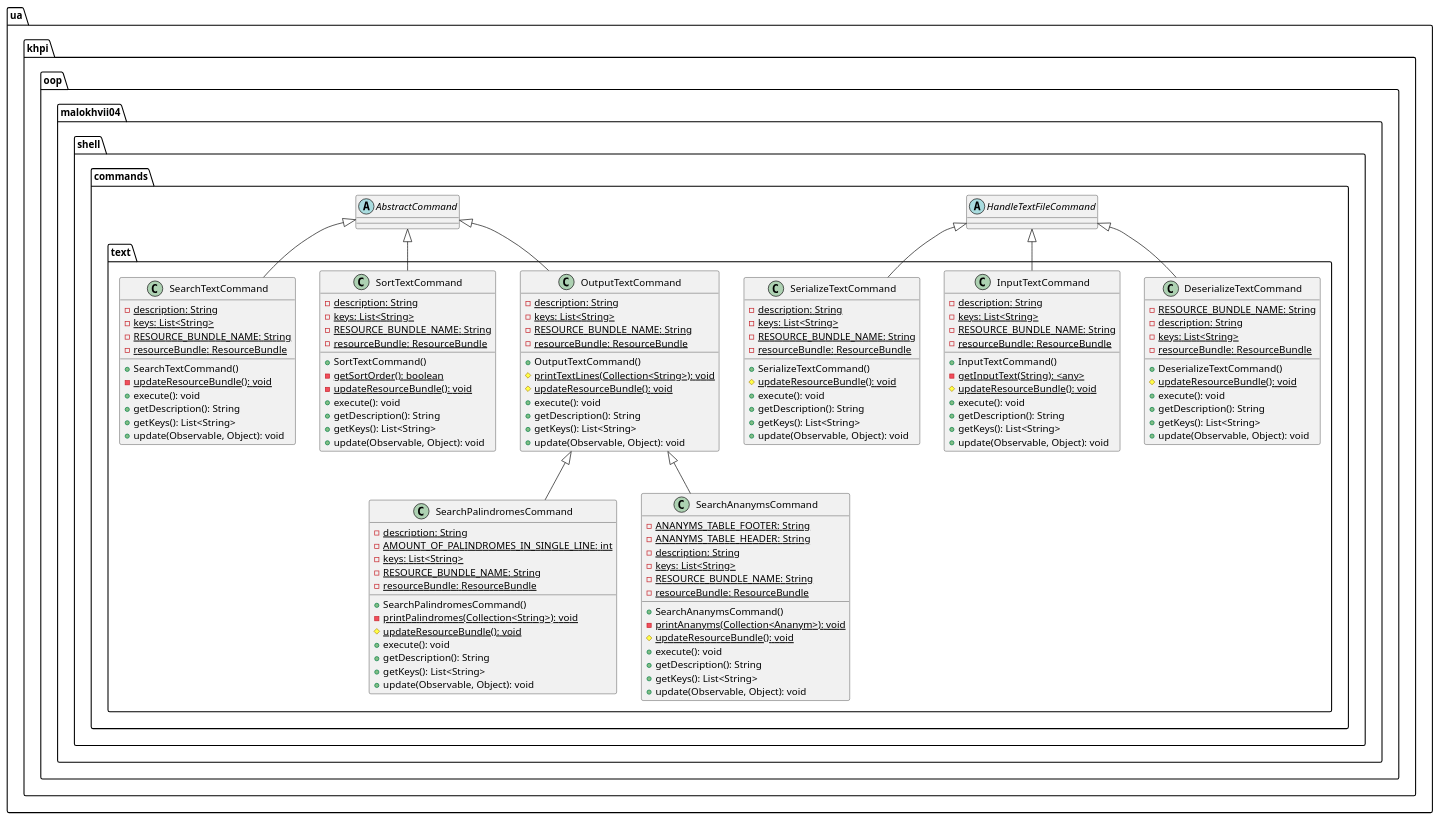
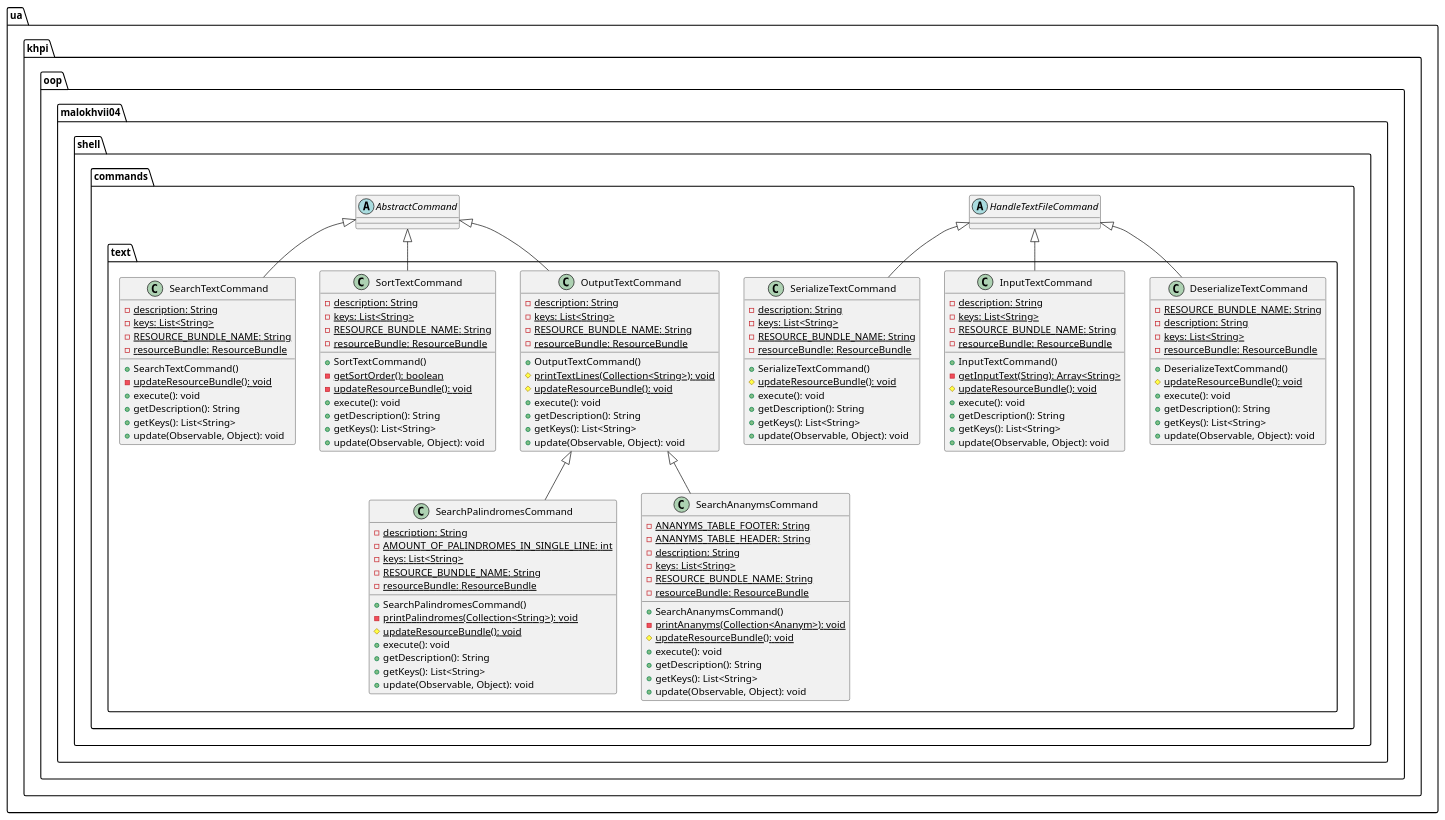
Before and after one commit to P-Kalin/kit26a: the diagram in malokhvii-eduard/malokhvii04/doc/plantuml/ua/khpi/oop/malokhvii04/shell/commands/text/package.puml, drawn with PlantUML. The commit also changed 7 other files, not shown here.

Commit message:
#3 malokhvii04: update graphs

```diff
--- a/malokhvii-eduard/malokhvii04/doc/plantuml/ua/khpi/oop/malokhvii04/shell/commands/text/package.puml
+++ b/malokhvii-eduard/malokhvii04/doc/plantuml/ua/khpi/oop/malokhvii04/shell/commands/text/package.puml
@@ -1,137 +1,137 @@
 @startuml
 
     namespace ua.khpi.oop.malokhvii04.shell.commands.text {
 
         class DeserializeTextCommand {
             {static} -RESOURCE_BUNDLE_NAME: String
             {static} -description: String
             {static} -keys: List<String>
             {static} -resourceBundle: ResourceBundle
             +DeserializeTextCommand()
             {static} #updateResourceBundle(): void
             +execute(): void
             +getDescription(): String
             +getKeys(): List<String>
             +update(Observable, Object): void
         }
 
         class SortTextCommand {
             {static} -description: String
             {static} -keys: List<String>
             {static} -RESOURCE_BUNDLE_NAME: String
             {static} -resourceBundle: ResourceBundle
             +SortTextCommand()
             {static} -getSortOrder(): boolean
             {static} -updateResourceBundle(): void
             +execute(): void
             +getDescription(): String
             +getKeys(): List<String>
             +update(Observable, Object): void
         }
 
         class SearchPalindromesCommand {
             {static} -description: String
             {static} -AMOUNT_OF_PALINDROMES_IN_SINGLE_LINE: int
             {static} -keys: List<String>
             {static} -RESOURCE_BUNDLE_NAME: String
             {static} -resourceBundle: ResourceBundle
             +SearchPalindromesCommand()
             {static} -printPalindromes(Collection<String>): void
             {static} #updateResourceBundle(): void
             +execute(): void
             +getDescription(): String
             +getKeys(): List<String>
             +update(Observable, Object): void
         }
 
         class SearchAnanymsCommand {
             {static} -ANANYMS_TABLE_FOOTER: String
             {static} -ANANYMS_TABLE_HEADER: String
             {static} -description: String
             {static} -keys: List<String>
             {static} -RESOURCE_BUNDLE_NAME: String
             {static} -resourceBundle: ResourceBundle
             +SearchAnanymsCommand()
             {static} -printAnanyms(Collection<Ananym>): void
             {static} #updateResourceBundle(): void
             +execute(): void
             +getDescription(): String
             +getKeys(): List<String>
             +update(Observable, Object): void
         }
 
         class SearchTextCommand {
             {static} -description: String
             {static} -keys: List<String>
             {static} -RESOURCE_BUNDLE_NAME: String
             {static} -resourceBundle: ResourceBundle
             +SearchTextCommand()
             {static} -updateResourceBundle(): void
             +execute(): void
             +getDescription(): String
             +getKeys(): List<String>
             +update(Observable, Object): void
         }
 
         class OutputTextCommand {
             {static} -description: String
             {static} -keys: List<String>
             {static} -RESOURCE_BUNDLE_NAME: String
             {static} -resourceBundle: ResourceBundle
             +OutputTextCommand()
             {static} #printTextLines(Collection<String>): void
             {static} #updateResourceBundle(): void
             +execute(): void
             +getDescription(): String
             +getKeys(): List<String>
             +update(Observable, Object): void
         }
 
         class InputTextCommand {
             {static} -description: String
             {static} -keys: List<String>
             {static} -RESOURCE_BUNDLE_NAME: String
             {static} -resourceBundle: ResourceBundle
             +InputTextCommand()
-            {static} -getInputText(String): <any>
+            {static} -getInputText(String): Array<String>
             {static} #updateResourceBundle(): void
             +execute(): void
             +getDescription(): String
             +getKeys(): List<String>
             +update(Observable, Object): void
         }
 
         class SerializeTextCommand {
             {static} -description: String
             {static} -keys: List<String>
             {static} -RESOURCE_BUNDLE_NAME: String
             {static} -resourceBundle: ResourceBundle
             +SerializeTextCommand()
             {static} #updateResourceBundle(): void
             +execute(): void
             +getDescription(): String
             +getKeys(): List<String>
             +update(Observable, Object): void
         }
 
         abstract class ua.khpi.oop.malokhvii04.shell.commands.HandleTextFileCommand
         ua.khpi.oop.malokhvii04.shell.commands.HandleTextFileCommand <|-- DeserializeTextCommand
 
         abstract class ua.khpi.oop.malokhvii04.shell.commands.AbstractCommand
         ua.khpi.oop.malokhvii04.shell.commands.AbstractCommand <|-- SortTextCommand
 
         OutputTextCommand <|-- SearchPalindromesCommand
 
         OutputTextCommand <|-- SearchAnanymsCommand
 
         ua.khpi.oop.malokhvii04.shell.commands.AbstractCommand <|-- SearchTextCommand
 
         ua.khpi.oop.malokhvii04.shell.commands.AbstractCommand <|-- OutputTextCommand
 
         ua.khpi.oop.malokhvii04.shell.commands.HandleTextFileCommand <|-- InputTextCommand
 
         ua.khpi.oop.malokhvii04.shell.commands.HandleTextFileCommand <|-- SerializeTextCommand
 
     }
 
 @enduml
```
